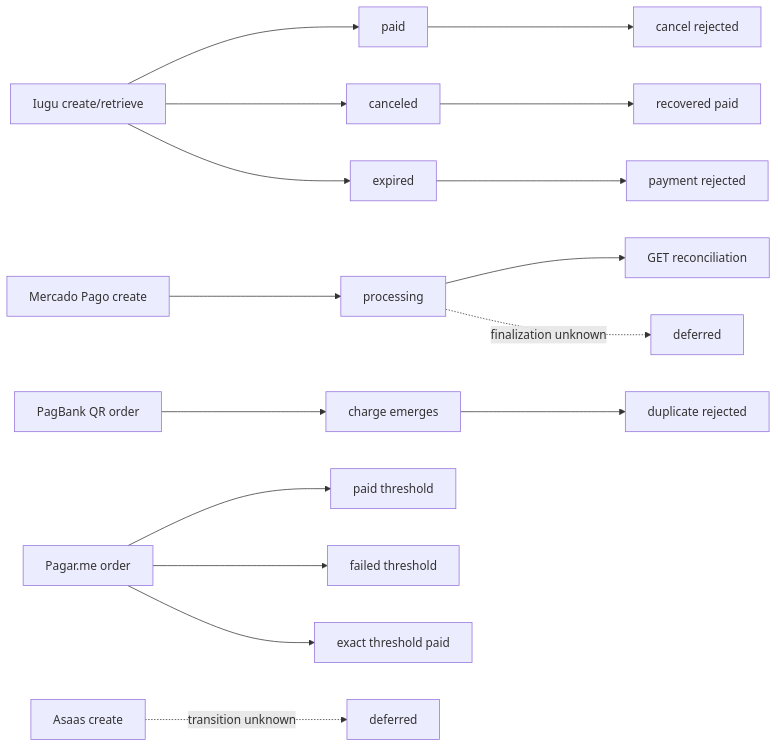
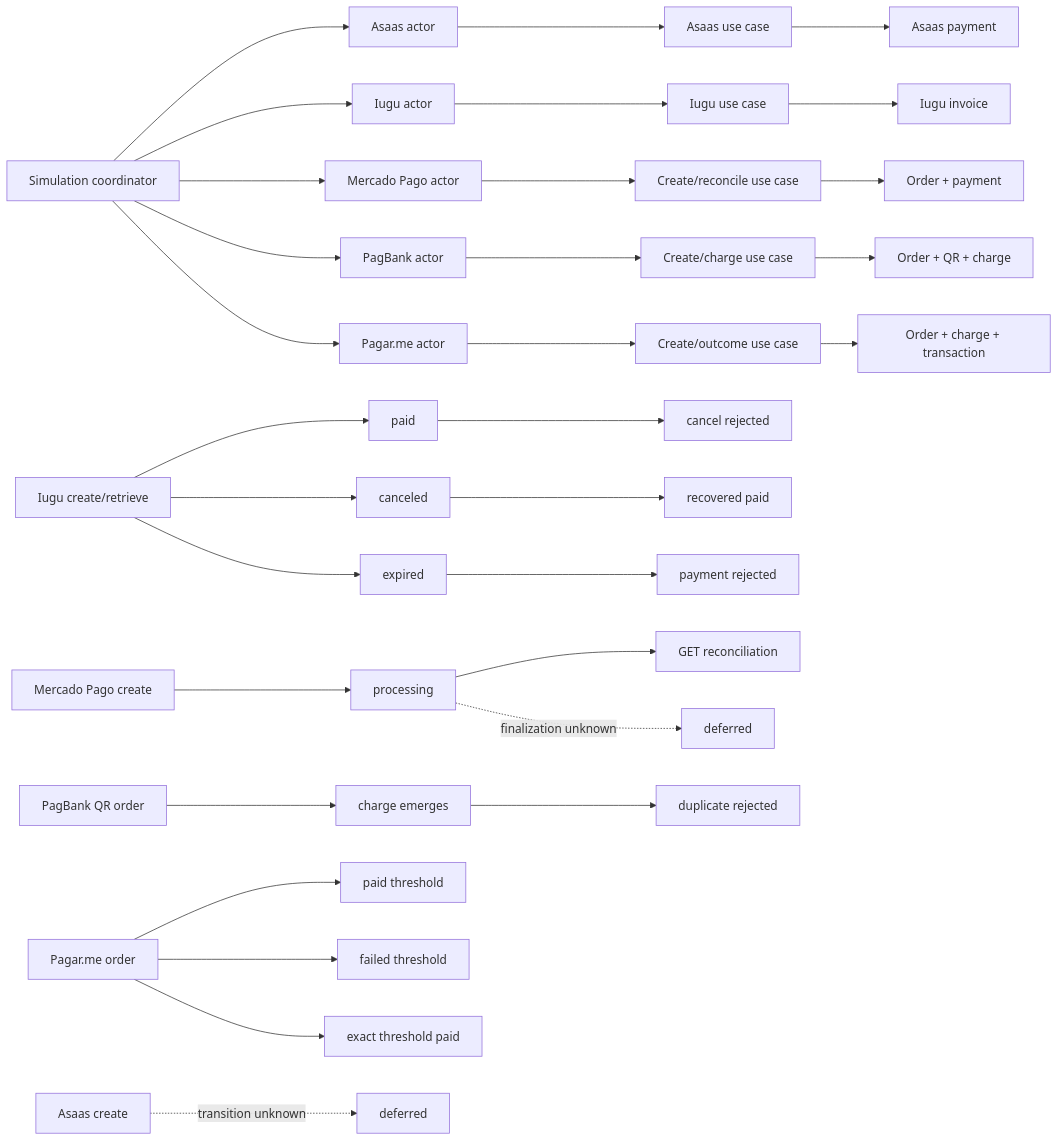
The diagram in sandboxes/simulation/docs/semantics/native_scenario_graph.md (wastingnotime/open-payment-protocol), drawn with Mermaid before and after one commit.

Commit message:
docs: show expanded simulation topology

````diff
--- a/sandboxes/simulation/docs/semantics/native_scenario_graph.md
+++ b/sandboxes/simulation/docs/semantics/native_scenario_graph.md
@@ -8,17 +8,22 @@
 ```mermaid
 flowchart LR
+  AC[Simulation coordinator] --> AA[Asaas actor] --> AUC[Asaas use case] --> AR[Asaas payment]
+  AC --> AI[Iugu actor] --> IUC[Iugu use case] --> IR[Iugu invoice]
+  AC --> AM[Mercado Pago actor] --> MUC[Create/reconcile use case] --> MR[Order + payment]
+  AC --> AB[PagBank actor] --> BUC[Create/charge use case] --> BR[Order + QR + charge]
+  AC --> AP[Pagar.me actor] --> PUC[Create/outcome use case] --> PR[Order + charge + transaction]
   I1[Iugu create/retrieve] --> I7[paid]
   I1 --> I8[canceled] --> I10[recovered paid]
   I1 --> I9[expired]
   I7 --> I11[cancel rejected]
   I9 --> I12[payment rejected]
   MP1[Mercado Pago create] --> MP4[processing]
   MP4 --> MP5[GET reconciliation]
   PB1[PagBank QR order] --> PB4[charge emerges]
   PB4 --> PB6[duplicate rejected]
   PG1[Pagar.me order] --> PG3[paid threshold]
   PG1 --> PG4[failed threshold]
   PG1 --> PG8[exact threshold paid]
   AS1[Asaas create] -. transition unknown .-> ASU[deferred]
   MP4 -. finalization unknown .-> MPU[deferred]
 ```
````
